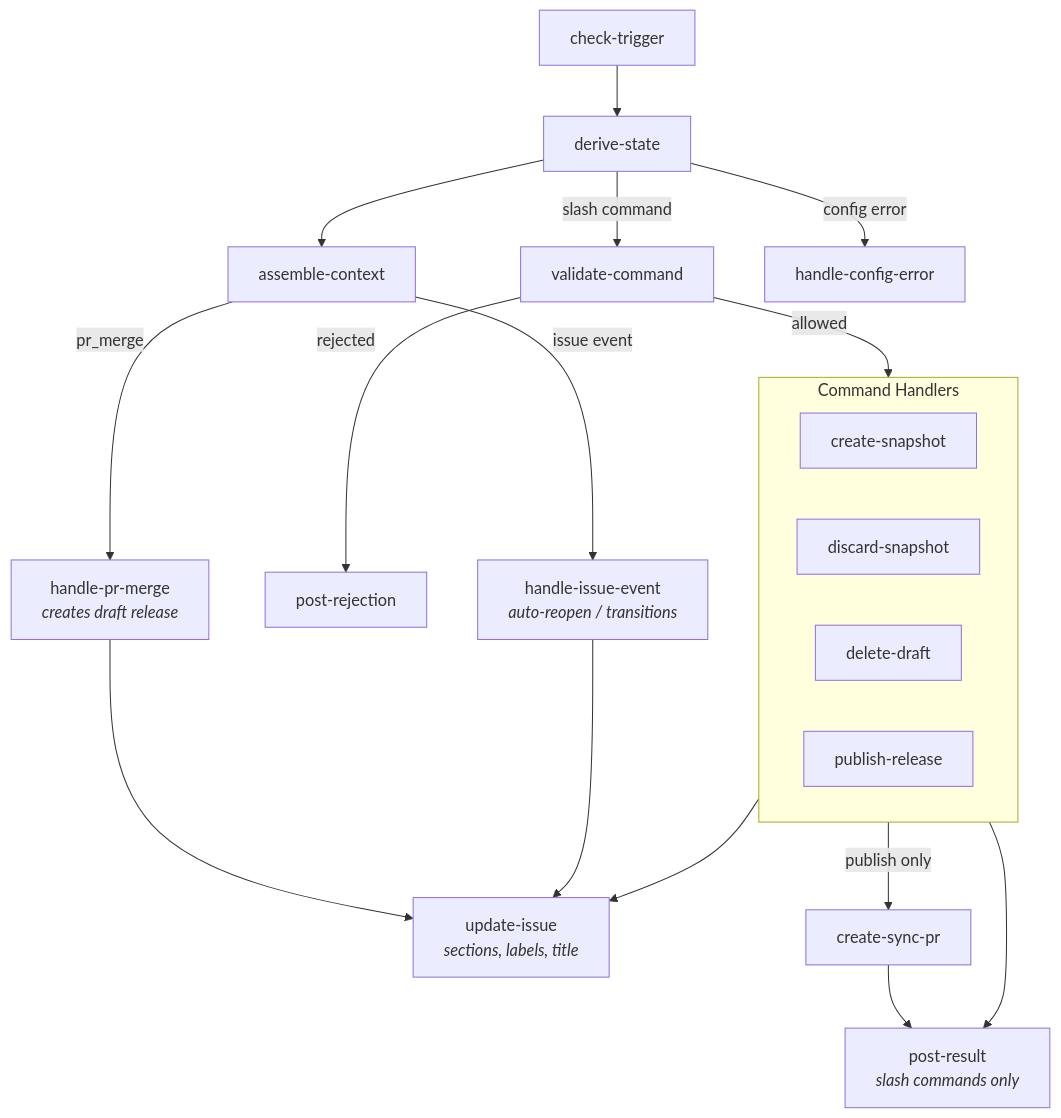
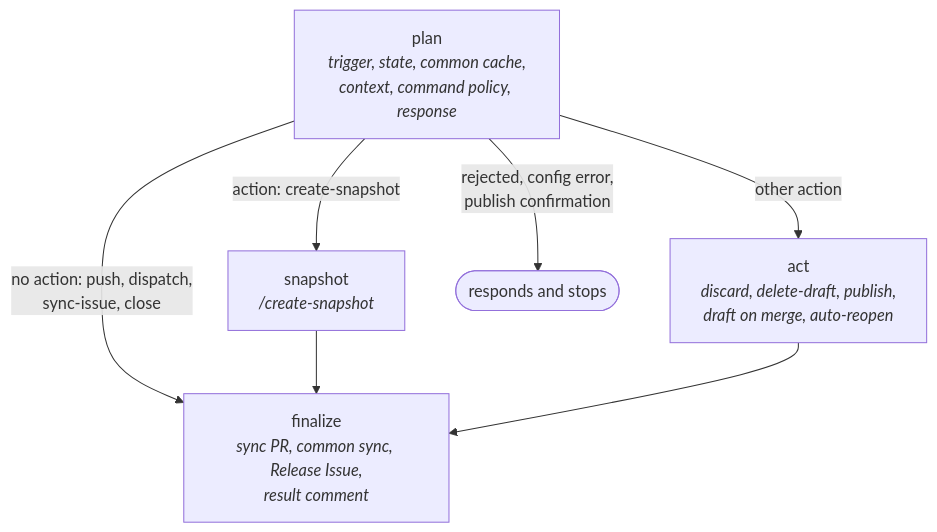
The first of 2 diagrams in release_automation/docs/technical-architecture.md (hdamker/tooling), drawn with Mermaid before and after one commit. The commit also changed other lines of this file and 1 other file, not shown here.

Commit message:
docs(ra): describe the four-job workflow, common sync location and timings; add the refactor branch to the branching-model appendix

````diff
--- a/release_automation/docs/technical-architecture.md
+++ b/release_automation/docs/technical-architecture.md
@@ -619,29 +628,14 @@
 ```mermaid
 flowchart TD
-    CT[check-trigger] --> DS[derive-state]
-    DS --> AC[assemble-context]
-    DS -->|slash command| VC[validate-command]
-    DS -->|config error| HCE[handle-config-error]
+    PLAN["plan<br><i>trigger, state, common cache,<br>context, command policy, response</i>"]
+    SNAP["snapshot<br><i>/create-snapshot</i>"]
+    ACT["act<br><i>discard, delete-draft, publish,<br>draft on merge, auto-reopen</i>"]
+    FIN["finalize<br><i>sync PR, common sync, Release Issue,<br>result comment</i>"]
 
-    VC -->|rejected| REJ[post-rejection]
-    VC -->|allowed| CMD
-
-    subgraph CMD [Command Handlers]
-        direction LR
-        CS[create-snapshot]
-        DSN[discard-snapshot]
-        DD[delete-draft]
-        PUB[publish-release]
-    end
-
-    AC -->|pr_merge| HPM[handle-pr-merge<br><i>creates draft release</i>]
-    AC -->|issue event| HIE[handle-issue-event<br><i>auto-reopen / transitions</i>]
-
-    CMD --> UI[update-issue<br><i>sections, labels, title</i>]
-    HPM --> UI
-    HIE --> UI
-
-    CMD --> PR2[post-result<br><i>slash commands only</i>]
-    PUB -->|publish only| CSP[create-sync-pr]
-    CSP --> PR2
+    PLAN -->|action: create-snapshot| SNAP
+    PLAN -->|other action| ACT
+    PLAN -->|no action: push, dispatch,<br>sync-issue, close| FIN
+    PLAN -->|rejected, config error,<br>publish confirmation| STOP([responds and stops])
+    SNAP --> FIN
+    ACT --> FIN
 ```
````
